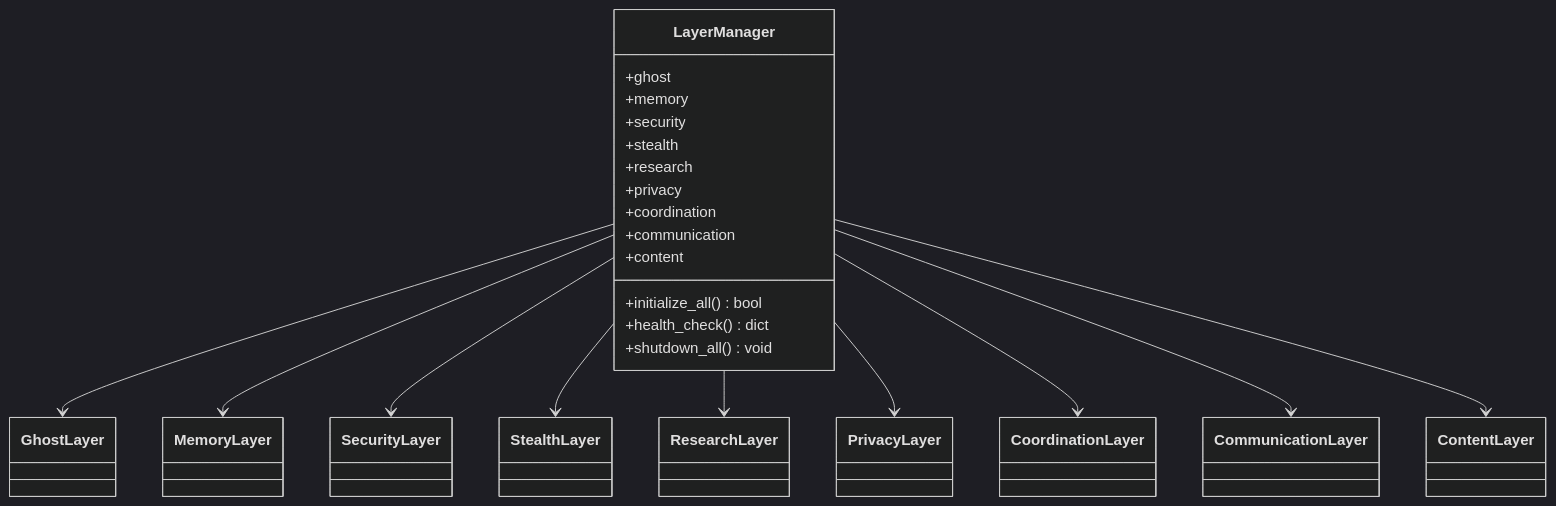
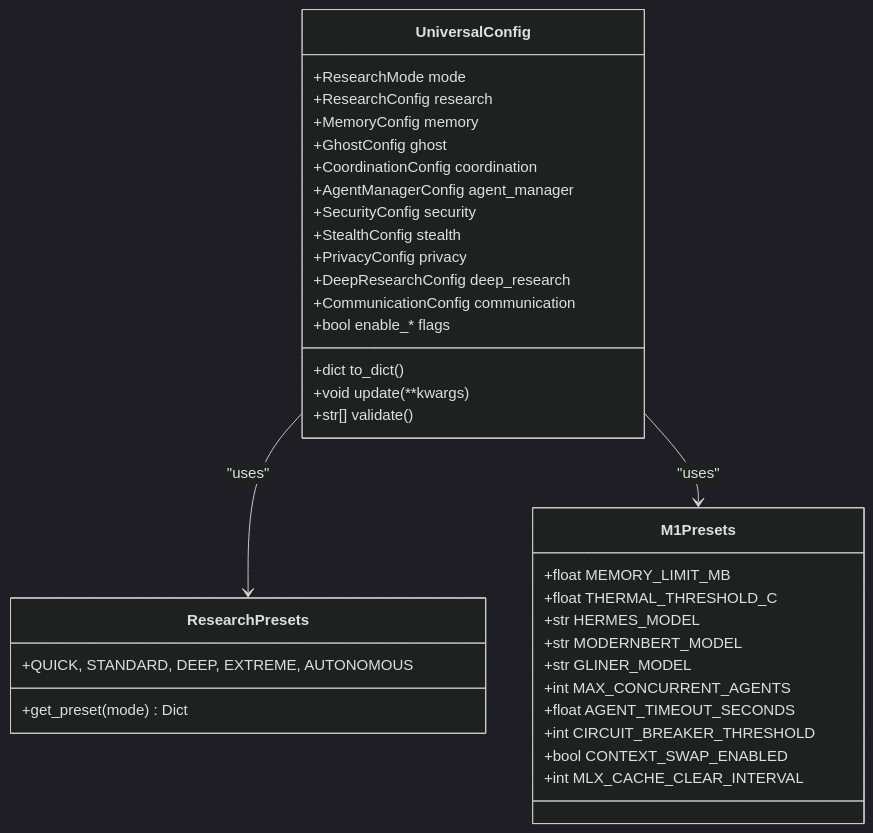
One commit to Hamulda/hledac-universal changed the eighth of 10 diagrams in .qoder/repowiki/en/content/Project Overview/Project Overview.md. Above: the diagram before and after it, drawn with Mermaid (dark theme). The commit also changed other lines of this file and 236 other files, not shown here.

````diff
--- a/.qoder/repowiki/en/content/Project Overview/Project Overview.md
+++ b/.qoder/repowiki/en/content/Project Overview/Project Overview.md
@@ -279,35 +364,38 @@
 ```mermaid
 classDiagram
-class LayerManager {
-+initialize_all() bool
-+health_check() dict
-+shutdown_all() void
-+ghost
-+memory
-+security
-+stealth
-+research
-+privacy
-+coordination
-+communication
-+content
+class UniversalConfig {
++ResearchMode mode
++ResearchConfig research
++MemoryConfig memory
++GhostConfig ghost
++CoordinationConfig coordination
++AgentManagerConfig agent_manager
++SecurityConfig security
++StealthConfig stealth
++PrivacyConfig privacy
++DeepResearchConfig deep_research
++CommunicationConfig communication
++bool enable_* flags
++dict to_dict()
++void update(**kwargs)
++str[] validate()
 }
-class GhostLayer
-class MemoryLayer
-class SecurityLayer
-class StealthLayer
-class ResearchLayer
-class PrivacyLayer
-class CoordinationLayer
-class CommunicationLayer
-class ContentLayer
-LayerManager --> GhostLayer
-LayerManager --> MemoryLayer
-LayerManager --> SecurityLayer
-LayerManager --> StealthLayer
-LayerManager --> ResearchLayer
-LayerManager --> PrivacyLayer
-LayerManager --> CoordinationLayer
-LayerManager --> CommunicationLayer
-LayerManager --> ContentLayer
+class ResearchPresets {
++get_preset(mode) Dict
++QUICK, STANDARD, DEEP, EXTREME, AUTONOMOUS
+}
+class M1Presets {
++float MEMORY_LIMIT_MB
++float THERMAL_THRESHOLD_C
++str HERMES_MODEL
++str MODERNBERT_MODEL
++str GLINER_MODEL
++int MAX_CONCURRENT_AGENTS
++float AGENT_TIMEOUT_SECONDS
++int CIRCUIT_BREAKER_THRESHOLD
++bool CONTEXT_SWAP_ENABLED
++int MLX_CACHE_CLEAR_INTERVAL
+}
+UniversalConfig --> ResearchPresets : "uses"
+UniversalConfig --> M1Presets : "uses"
 ```
````
